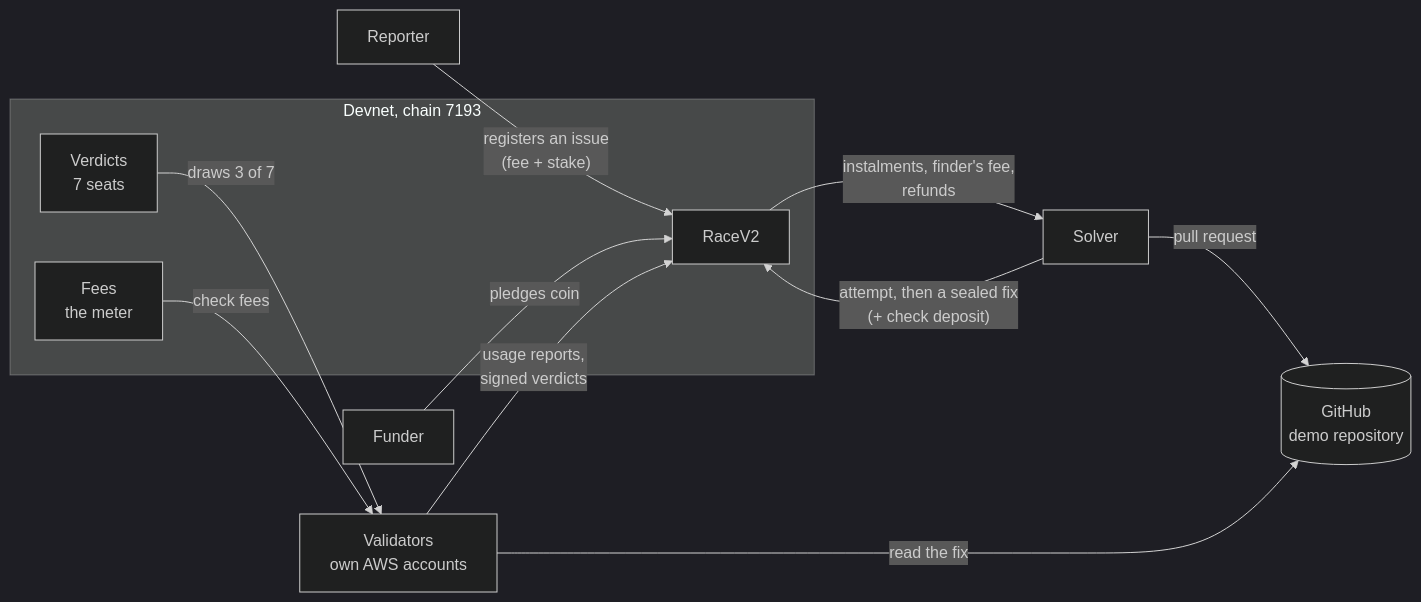
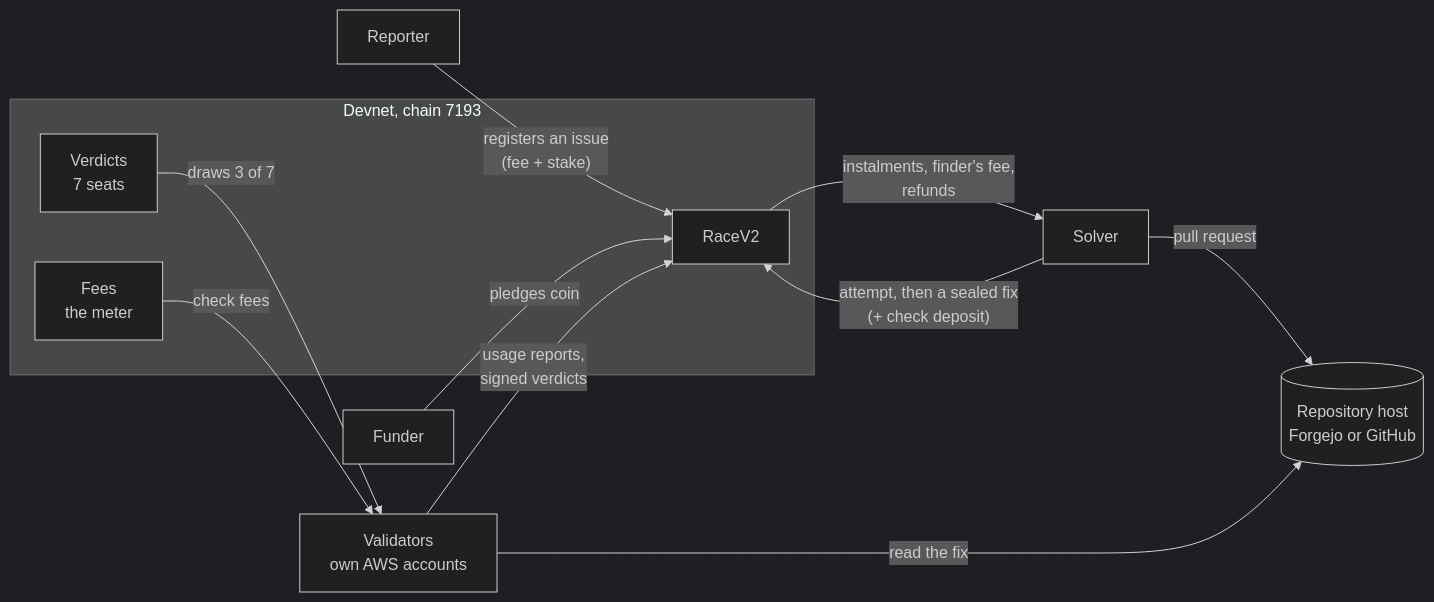
The first of 6 diagrams in README.md (JJBon/proof-of-fix), drawn with Mermaid (dark theme) before and after one commit. The commit also changed other lines of this file and 8 other files, not shown here.

````diff
--- a/README.md
+++ b/README.md
@@ -14,17 +64,17 @@
 ```mermaid
 flowchart LR
   Rep["Reporter"] -- "registers an issue<br/>(fee + stake)" --> Race
   Fun["Funder"] -- "pledges coin" --> Race
   Sol["Solver"] -- "attempt, then a sealed fix<br/>(+ check deposit)" --> Race
-  Sol -- "pull request" --> GH[("GitHub<br/>demo repository")]
+  Sol -- "pull request" --> GH[("Repository host<br/>Forgejo or GitHub")]
   subgraph Chain["Devnet, chain 7193"]
     Race["RaceV2"]
     Ver["Verdicts<br/>7 seats"]
     Fees["Fees<br/>the meter"]
   end
   Ver -- "draws 3 of 7" --> Val["Validators<br/>own AWS accounts"]
   Val -- "read the fix" --> GH
   Val -- "usage reports,<br/>signed verdicts" --> Race
   Race -- "instalments, finder's fee,<br/>refunds" --> Sol
   Fees -- "check fees" --> Val
 ```
````
